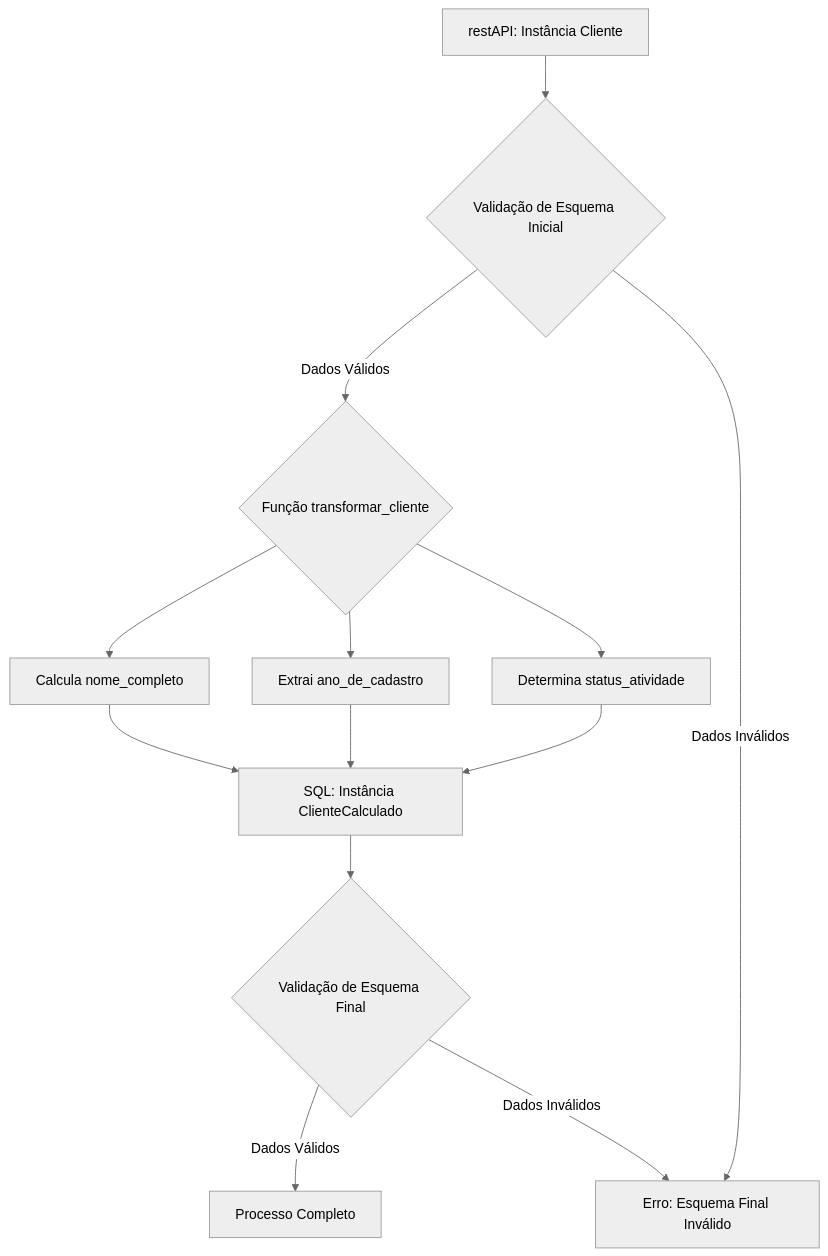
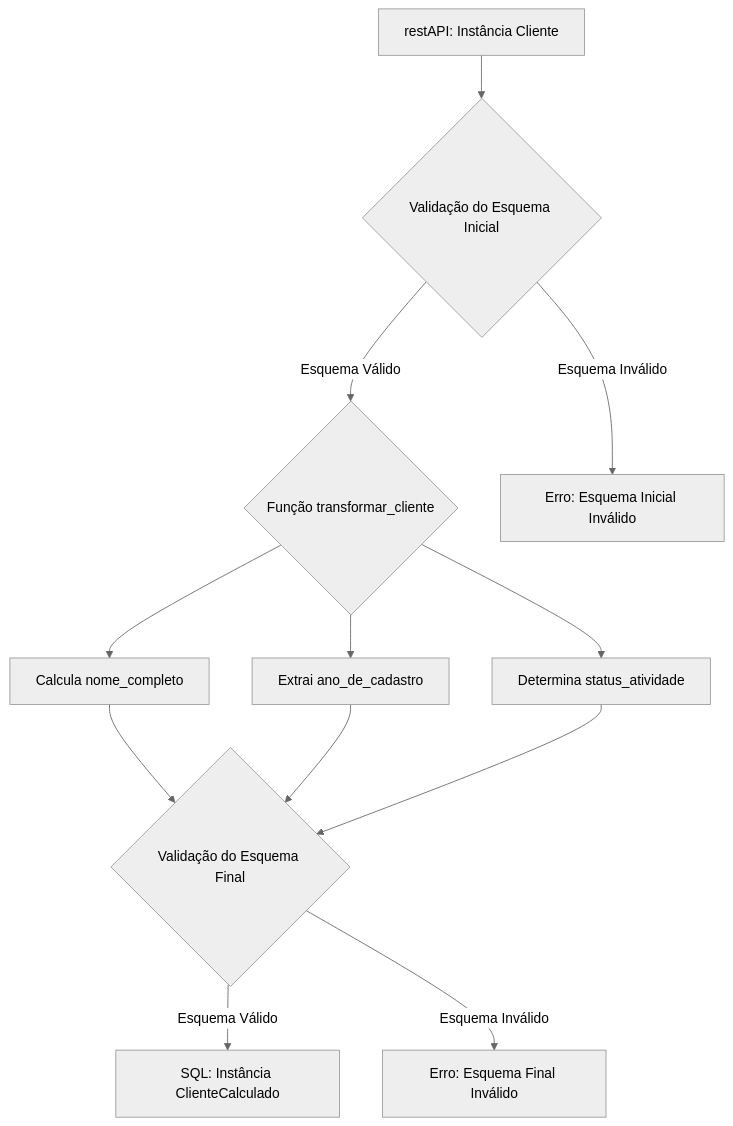
The first of 2 diagrams in 02-pydantic-data-quality-e-tdd-aplicado-em-projeto-de-dados/README.md (lvgalvao/data-engineering-roadmap), drawn with Mermaid (neutral theme) before and after one commit. The commit also changed other lines of this file, not shown here.

````diff
--- a/02-pydantic-data-quality-e-tdd-aplicado-em-projeto-de-dados/README.md
+++ b/02-pydantic-data-quality-e-tdd-aplicado-em-projeto-de-dados/README.md
@@ -5,15 +5,14 @@
 ```mermaid
 graph TD;
-    A[restAPI: Instância Cliente] --> B{Validação de Esquema Inicial}
-    B -->|Dados Válidos| C{Função transformar_cliente}
-    B -->|Dados Inválidos| X[Erro: Esquema Inicial Inválido]
+    A[restAPI: Instância Cliente] --> B{Validação do Esquema Inicial}
+    B -->|Esquema Válido| C{Função transformar_cliente}
+    B -->|Esquema Inválido| X[Erro: Esquema Inicial Inválido]
     C --> D[Calcula nome_completo]
     C --> E[Extrai ano_de_cadastro]
     C --> F[Determina status_atividade]
-    D --> G[SQL: Instância ClienteCalculado]
+    D --> G{Validação do Esquema Final}
     E --> G
     F --> G
-    G --> H{Validação de Esquema Final}
-    H -->|Dados Válidos| I[Processo Completo]
-    H -->|Dados Inválidos| X[Erro: Esquema Final Inválido]
+    G -->|Esquema Válido| H[SQL: Instância ClienteCalculado]
+    G -->|Esquema Inválido| Y[Erro: Esquema Final Inválido]
 ```
````
